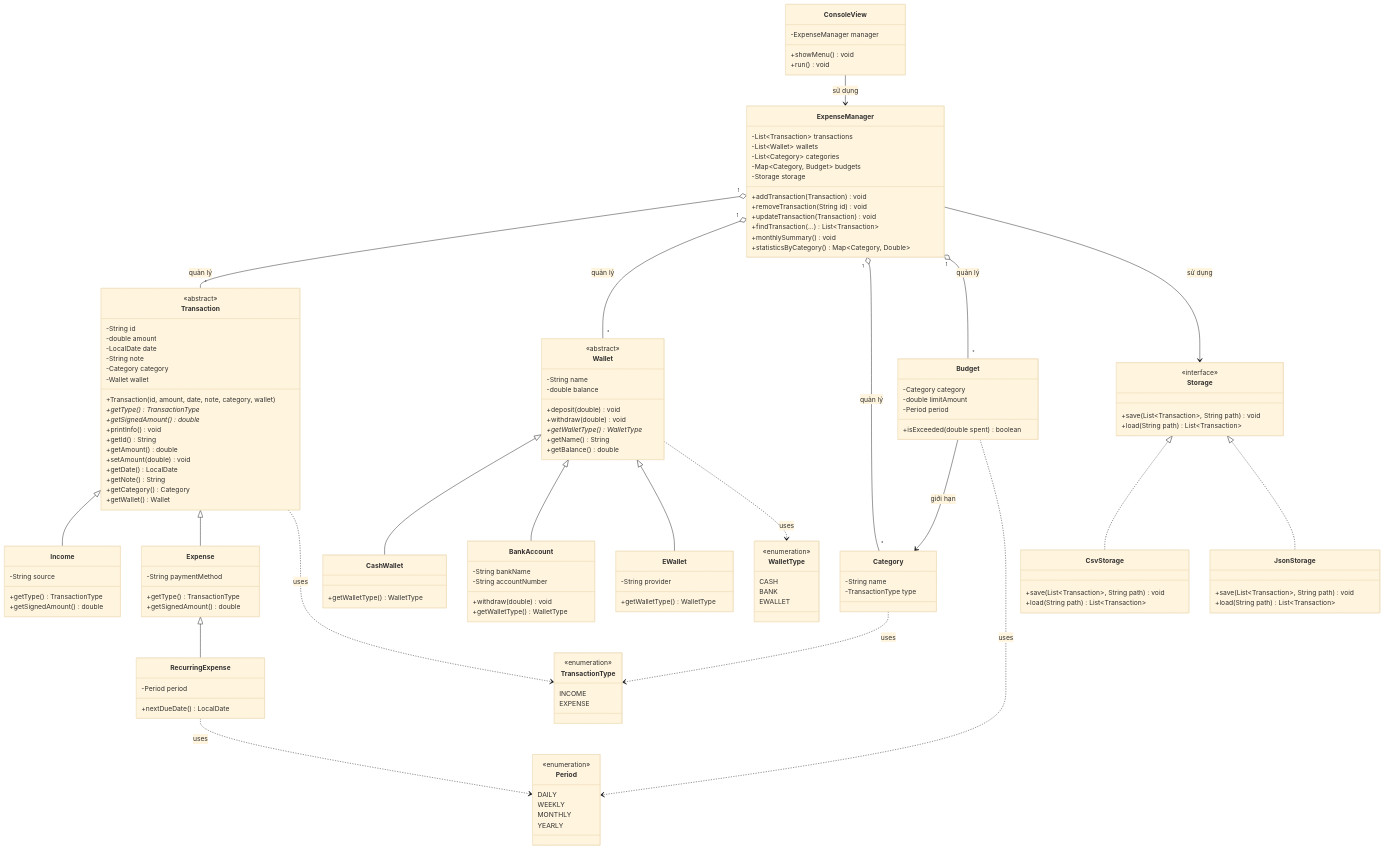
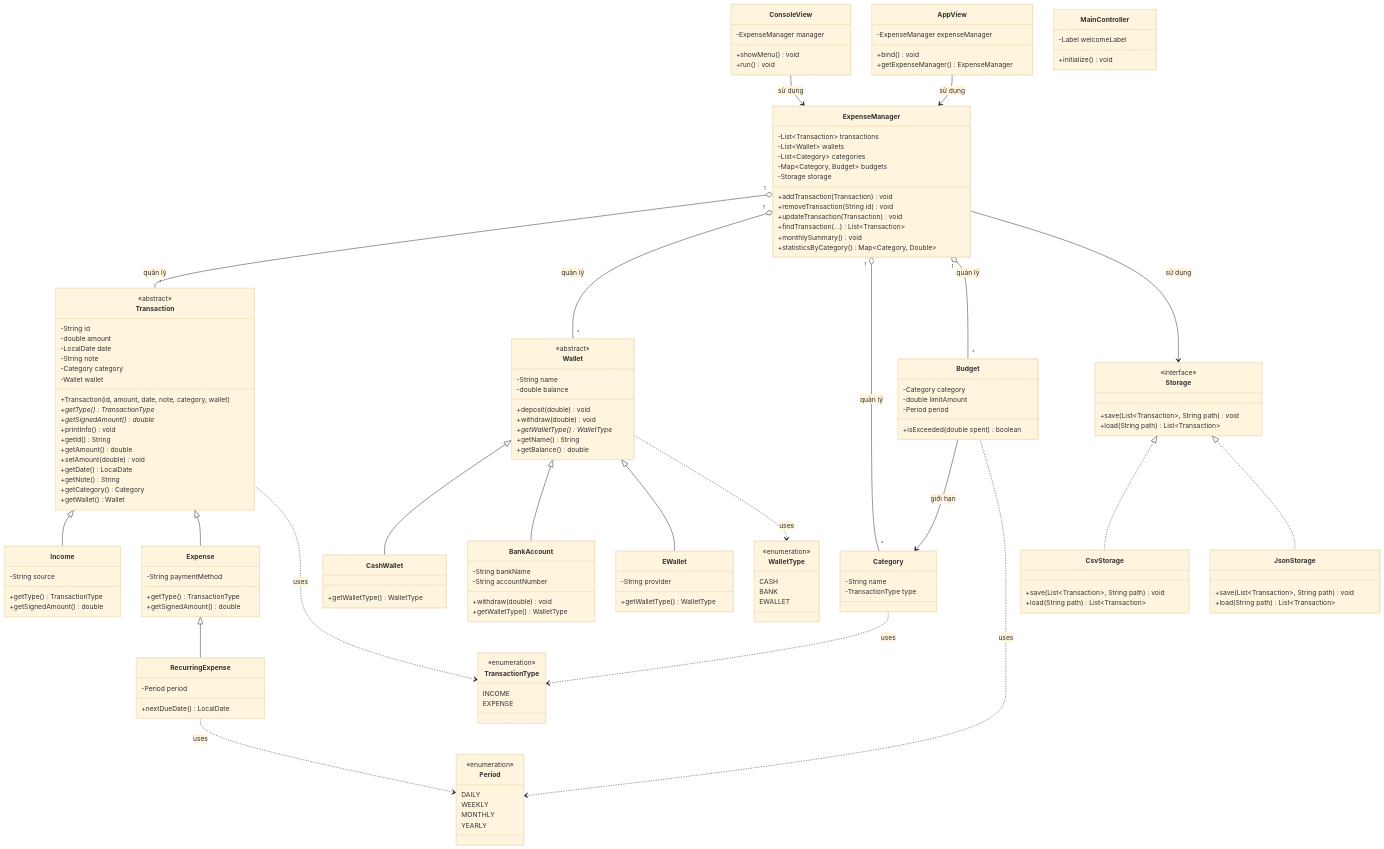
Before and after one commit to paclonee/basic: the diagram in docs/class-diagram.md, drawn with Mermaid (base theme). The commit also changed other lines of this file and 12 other files, not shown here.

````diff
--- a/docs/class-diagram.md
+++ b/docs/class-diagram.md
@@ -331,5 +233,17 @@
         +run() void
     }
 
+    class AppView {
+        -ExpenseManager expenseManager
+        +bind() void
+        +getExpenseManager() ExpenseManager
+    }
+
+    class MainController {
+        -Label welcomeLabel
+        +initialize() void
+    }
+
     ConsoleView --> ExpenseManager : sử dụng
+    AppView --> ExpenseManager : sử dụng
 ```
````
